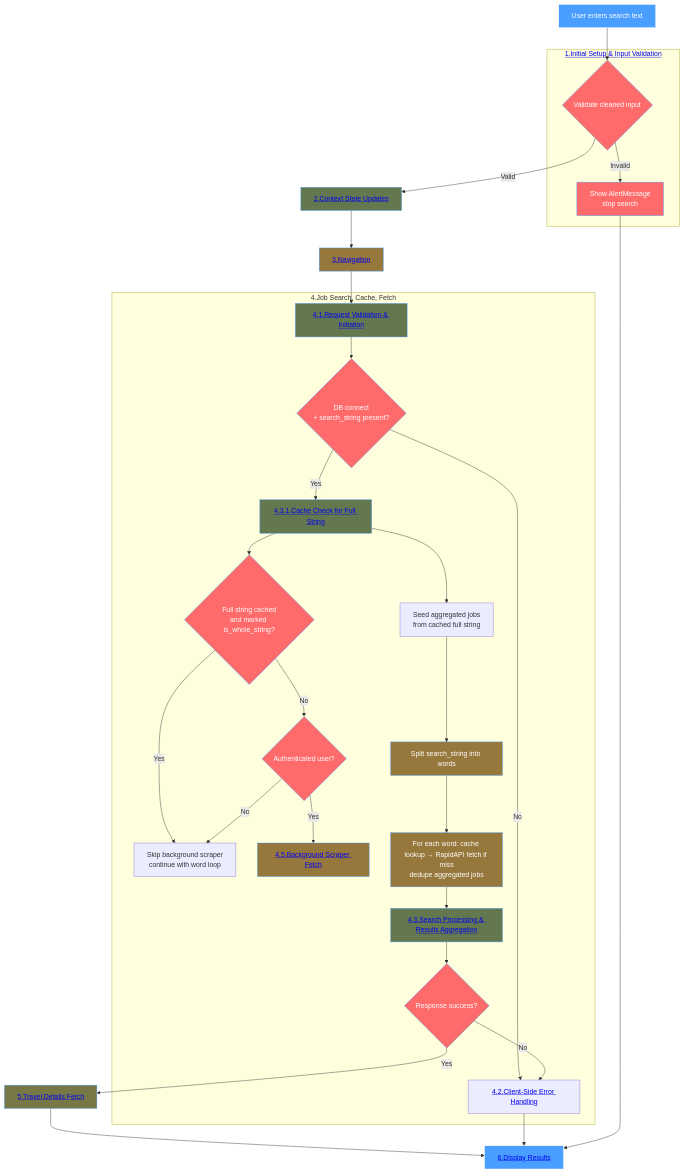
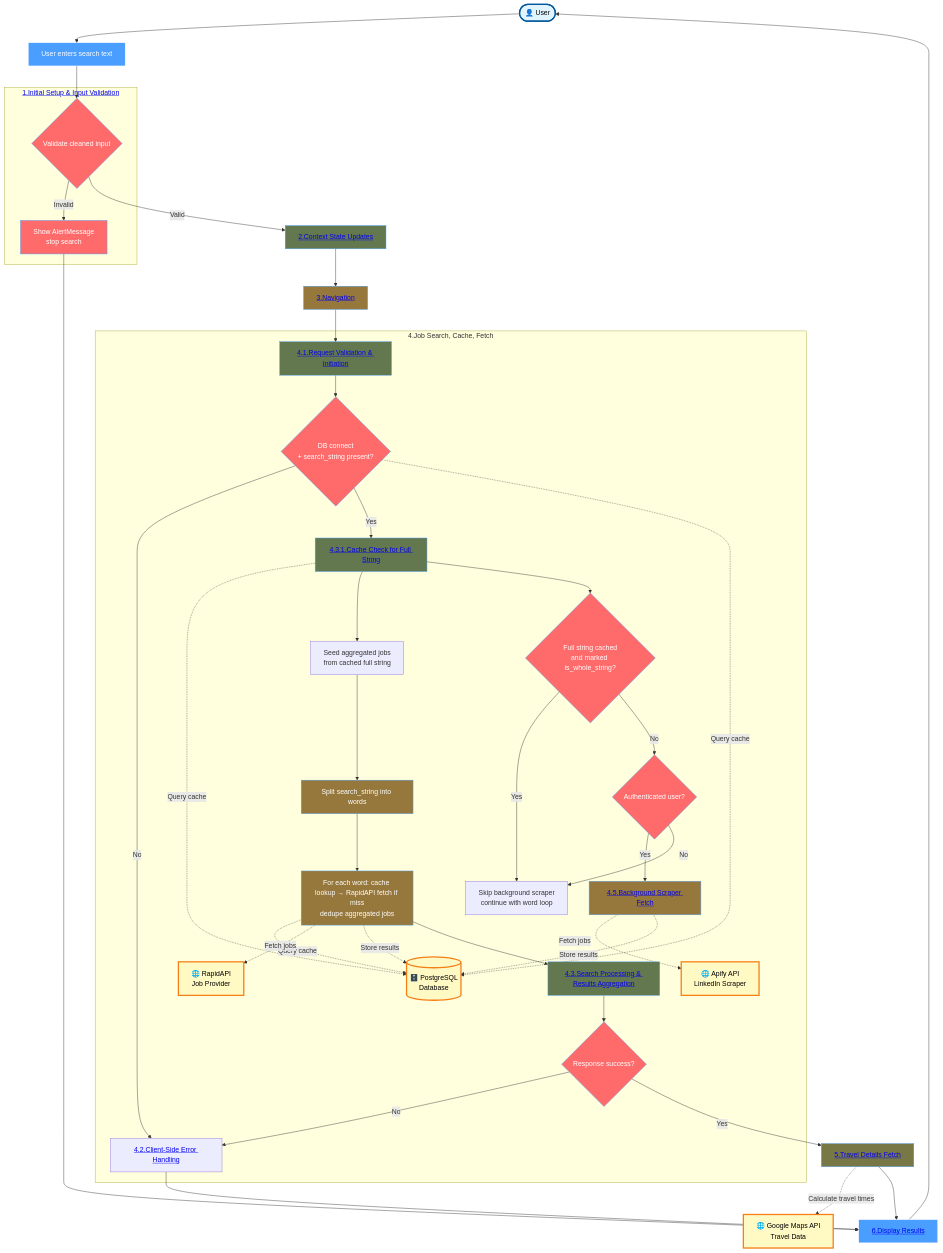
One commit to YahyaAl-Ademi/2025.10.23-JobCompass changed the diagram in documentation/jobFetch/_JobFetchFlowchart.md. Above: the diagram before and after it, drawn with Mermaid.

Commit message:
fix: enhance flowchart with external entities and database interactions

````diff
--- a/documentation/jobFetch/_JobFetchFlowchart.md
+++ b/documentation/jobFetch/_JobFetchFlowchart.md
@@ -16,54 +16,82 @@
 ```mermaid
 flowchart TD
-    A[User enters search text] --> B{Validate cleaned input}
+    %% External Entities
+    User([👤 User])
+    DB[(🗄️ PostgreSQL<br/>Database)]
+    RapidAPI[🌐 RapidAPI<br/>Job Provider]
+    ApifyAPI[🌐 Apify API<br/>LinkedIn Scraper]
+    GoogleMaps[🌐 Google Maps API<br/>Travel Data]
+
+    %% Main Flow
+    User --> A[User enters search text]
+    A --> B{Validate cleaned input}
 
     subgraph Validation["<a href='./1.Initial%20Setup%20&%20Input%20Validation.md'>1.Initial Setup & Input Validation</a>"]
         B -->|Invalid| C[Show AlertMessage<br/>stop search]
     end
 
     B -->|Valid| D["<a href='./2.Context%20State%20Updates.md'>2.Context State Updates</a>"]
     D --> E["<a href='./3.Navigation.md'>3.Navigation</a>"]
     E --> F["<a href='./4.1.Request%20Validation%20&%20Initiation.md'>4.1.Request Validation & Initiation</a>"]
 
     subgraph JobSearch["4.Job Search, Cache, Fetch"]
         F --> G{DB connect<br/>+ search_string present?}
         G -->|No| H["<a href='./4.2.Client-Side%20Error%20Handling.md'>4.2.Client-Side Error Handling</a>"]
         G -->|Yes| I["<a href='./4.3.1.Cache%20Check%20for%20Full%20String.md'>4.3.1.Cache Check for Full String</a>"]
 
+        %% Database interactions
+        G -.->|Query cache| DB
+        I -.->|Query cache| DB
+
         I --> J[Seed aggregated jobs<br/>from cached full string]
         I --> K{Full string cached<br/>and marked is_whole_string?}
         K -->|Yes| L[Skip background scraper<br/>continue with word loop]
         K -->|No| M{Authenticated user?}
         M -->|Yes| N["<a href='./4.5.Background%20Scraper%20Fetch.md'>4.5.Background Scraper Fetch</a>"]
         M -->|No| L
 
+        %% External API interactions
+        N -.->|Fetch jobs| ApifyAPI
+        N -.->|Store results| DB
+
         J --> O[Split search_string into words]
         O --> P[For each word: cache lookup → RapidAPI fetch if miss<br/>dedupe aggregated jobs]
+        P -.->|Query cache| DB
+        P -.->|Fetch jobs| RapidAPI
+        P -.->|Store results| DB
         P --> Q["<a href='./4.3.Search%20Processing%20&%20Results%20Aggregation.md'>4.3.Search Processing & Results Aggregation</a>"]
         Q --> R{Response success?}
         R -->|No| H
     end
 
     R -->|Yes| S["<a href='./5.Travel%20Details%20Fetch.md'>5.Travel Details Fetch</a>"]
+    S -.->|Calculate travel times| GoogleMaps
     S --> T["<a href='./6.Display%20Results.md'>6.Display Results</a>"]
     H --> T
     C --> T
+    T --> User
 
+    %% Styling
+    style User fill:#e1f5ff,stroke:#01579b,stroke-width:3px,color:#000
+    style DB fill:#fff9c4,stroke:#f57f17,stroke-width:3px,color:#000
+    style RapidAPI fill:#fff9c4,stroke:#f57f17,stroke-width:3px,color:#000
+    style ApifyAPI fill:#fff9c4,stroke:#f57f17,stroke-width:3px,color:#000
+    style GoogleMaps fill:#fff9c4,stroke:#f57f17,stroke-width:3px,color:#000
     style A fill:#4a9eff,stroke:#fff,color:#fff
     style B fill:#ff6b6b,stroke:#4a9eff,color:#fff
     style C fill:#ff6b6b,stroke:#4a9eff,color:#fff
     style D fill:#647850,stroke:#4a9eff,color:#fff
     style E fill:#96783c,stroke:#4a9eff,color:#fff
     style F fill:#647850,stroke:#4a9eff,color:#fff
     style G fill:#ff6b6b,stroke:#4a9eff,color:#fff
     style I fill:#647850,stroke:#4a9eff,color:#fff
     style K fill:#ff6b6b,stroke:#4a9eff,color:#fff
     style M fill:#ff6b6b,stroke:#4a9eff,color:#fff
     style N fill:#96783c,stroke:#4a9eff,color:#fff
     style O fill:#96783c,stroke:#4a9eff,color:#fff
     style P fill:#96783c,stroke:#4a9eff,color:#fff
     style Q fill:#647850,stroke:#4a9eff,color:#fff
     style R fill:#ff6b6b,stroke:#4a9eff,color:#fff
     style S fill:#787846,stroke:#4a9eff,color:#fff
     style T fill:#4a9eff,stroke:#fff,color:#fff
 ```
````
